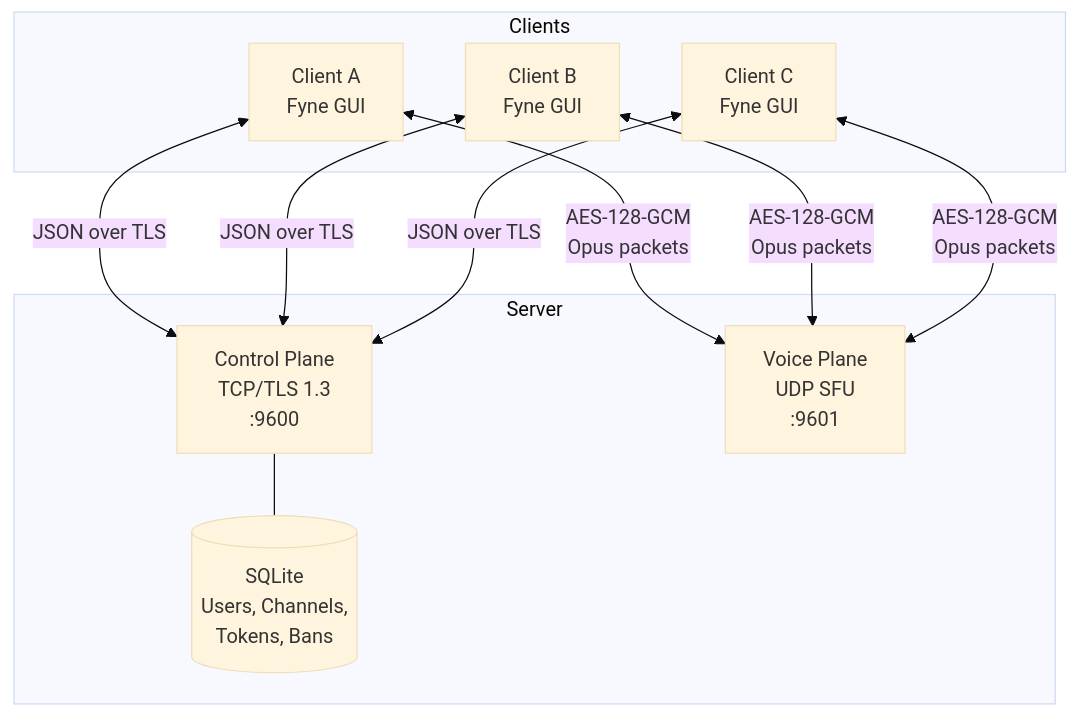
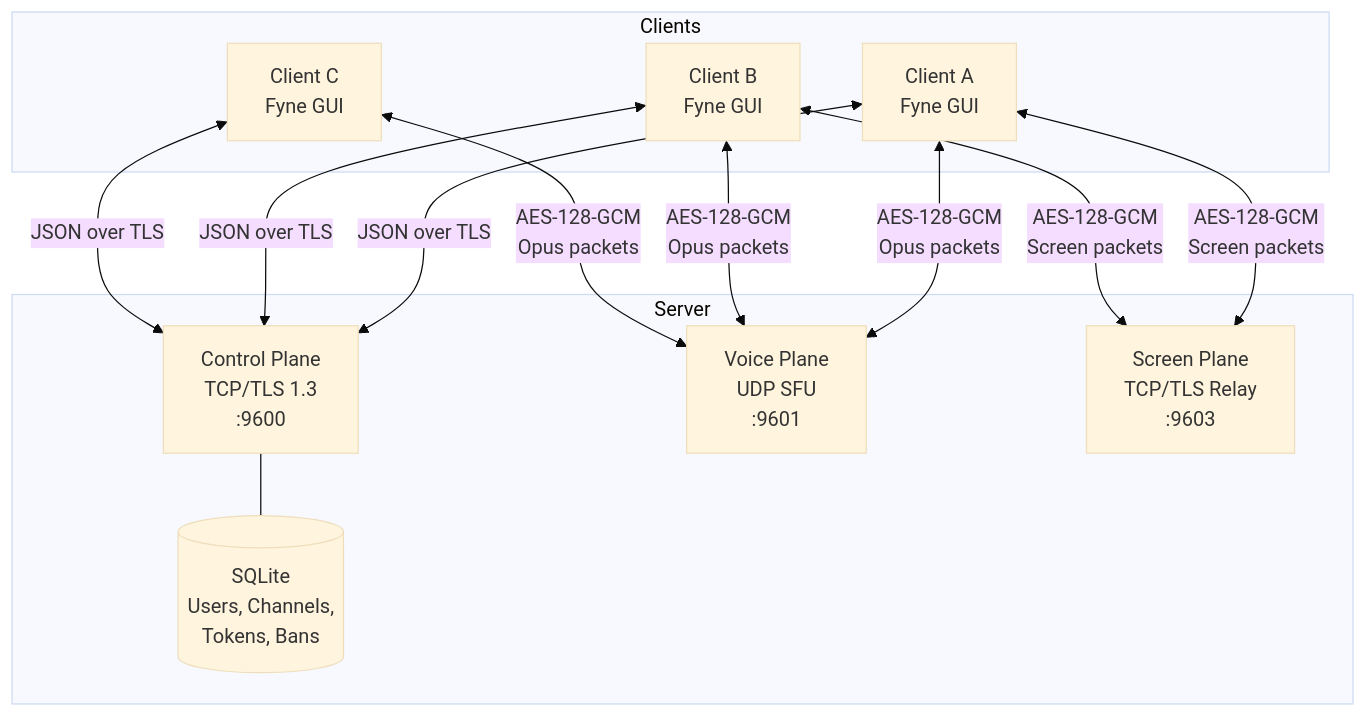
One commit to NicolasHaas/gospeak changed the first of 5 diagrams in docs/architecture.md. Above: the diagram before and after it, drawn with Mermaid (base theme). The commit also changed other lines of this file and 34 other files, not shown here.

````diff
--- a/docs/architecture.md
+++ b/docs/architecture.md
@@ -7,24 +7,28 @@
 ```mermaid
 graph TB
     subgraph Clients
         C1[Client A<br/>Fyne GUI]
         C2[Client B<br/>Fyne GUI]
         C3[Client C<br/>Fyne GUI]
     end
 
     subgraph Server
         CTRL[Control Plane<br/>TCP/TLS 1.3<br/>:9600]
         SFU[Voice Plane<br/>UDP SFU<br/>:9601]
+        SCR[Screen Plane<br/>TCP/TLS Relay<br/>:9603]
         DB[(SQLite<br/>Users, Channels,<br/>Tokens, Bans)]
     end
 
     C1 <-->|JSON over TLS| CTRL
     C2 <-->|JSON over TLS| CTRL
     C3 <-->|JSON over TLS| CTRL
 
     C1 <-->|AES-128-GCM<br/>Opus packets| SFU
     C2 <-->|AES-128-GCM<br/>Opus packets| SFU
     C3 <-->|AES-128-GCM<br/>Opus packets| SFU
 
+    C1 <-->|AES-128-GCM<br/>Screen packets| SCR
+    C2 <-->|AES-128-GCM<br/>Screen packets| SCR
+
     CTRL --- DB
 ```
````
